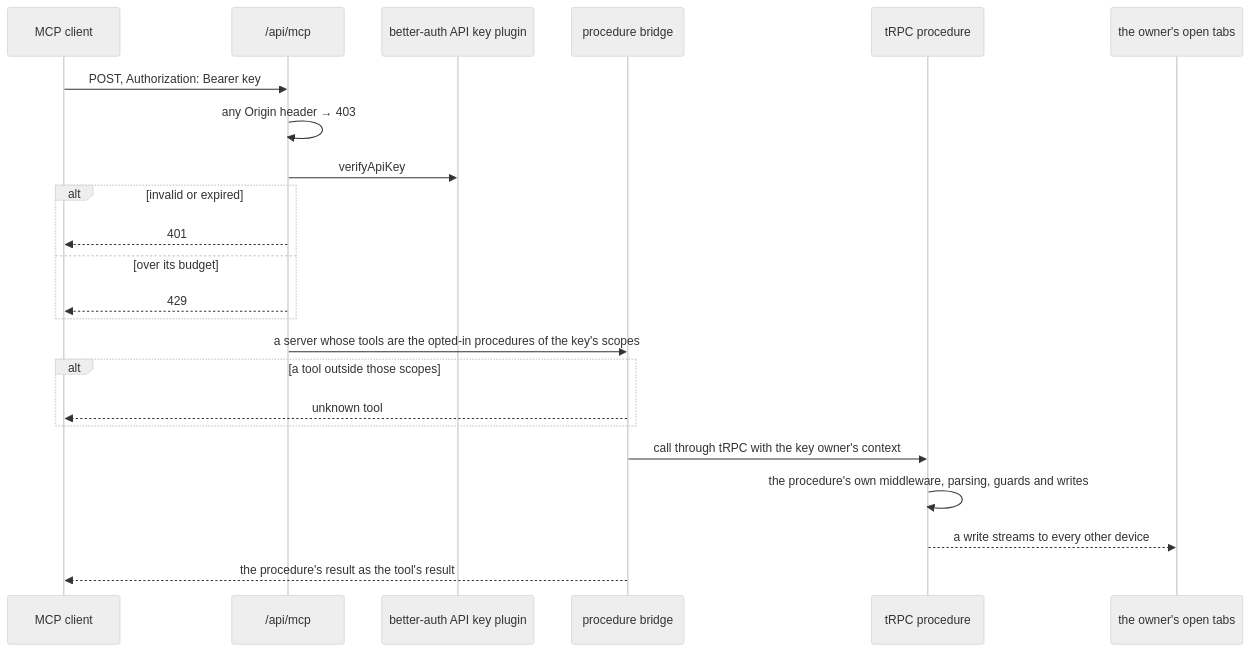
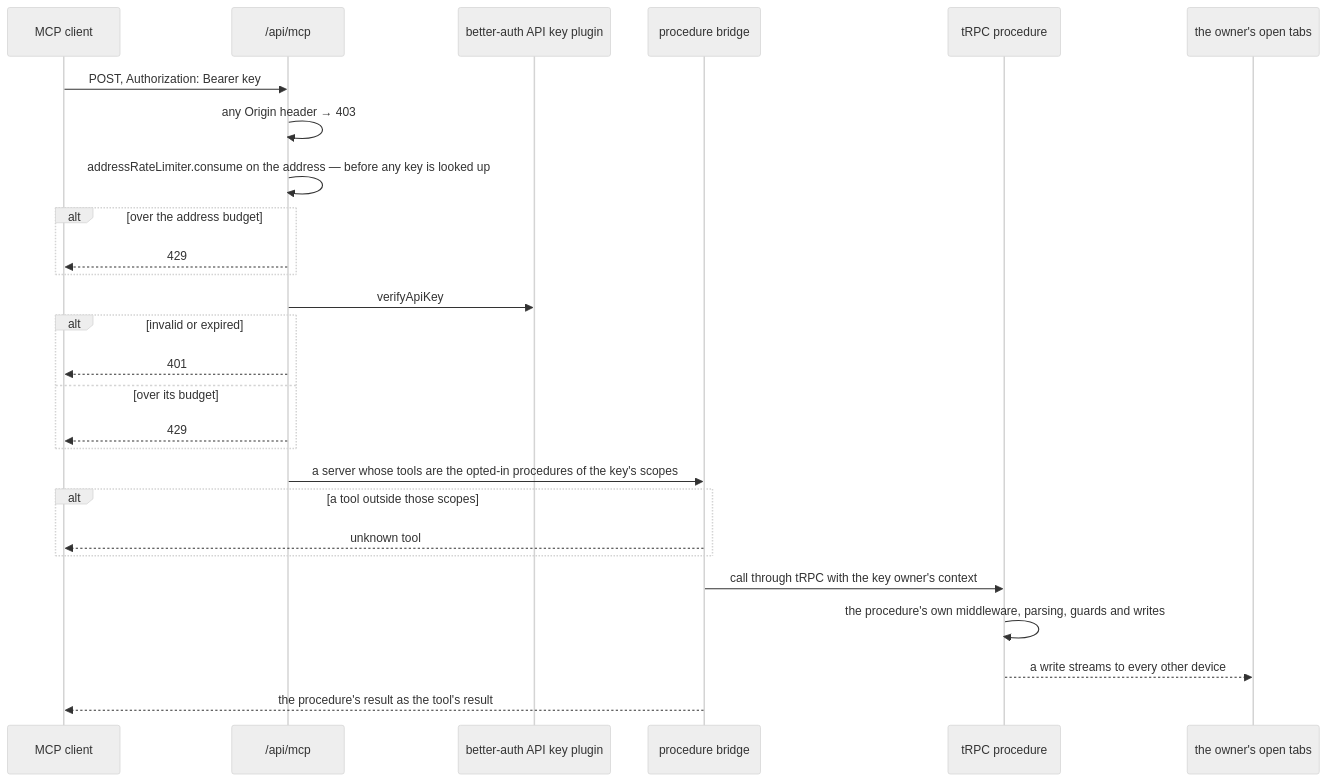
The diagram in openspec/specs/architecture/agent-access/design.md (Esposter/Esposter), drawn with Mermaid (neutral theme) before and after one commit. The commit also changed other lines of this file and 3 other files, not shown here.

First line of the commit message:
fix(web): the MCP endpoint spends an address budget before it looks a key up

````diff
--- a/openspec/specs/architecture/agent-access/design.md
+++ b/openspec/specs/architecture/agent-access/design.md
@@ -24,26 +24,30 @@
 ```mermaid
 sequenceDiagram
   participant S as MCP client
   participant R as /api/mcp
   participant K as better-auth API key plugin
   participant B as procedure bridge
   participant P as tRPC procedure
   participant O as the owner's open tabs
 
   S->>R: POST, Authorization: Bearer key
   R->>R: any Origin header → 403
+  R->>R: addressRateLimiter.consume on the address — before any key is looked up
+  alt over the address budget
+    R-->>S: 429
+  end
   R->>K: verifyApiKey
   alt invalid or expired
     R-->>S: 401
   else over its budget
     R-->>S: 429
   end
   R->>B: a server whose tools are the opted-in procedures of the key's scopes
   alt a tool outside those scopes
     B-->>S: unknown tool
   end
   B->>P: call through tRPC with the key owner's context
   P->>P: the procedure's own middleware, parsing, guards and writes
   P-->>O: a write streams to every other device
   B-->>S: the procedure's result as the tool's result
 ```
````
